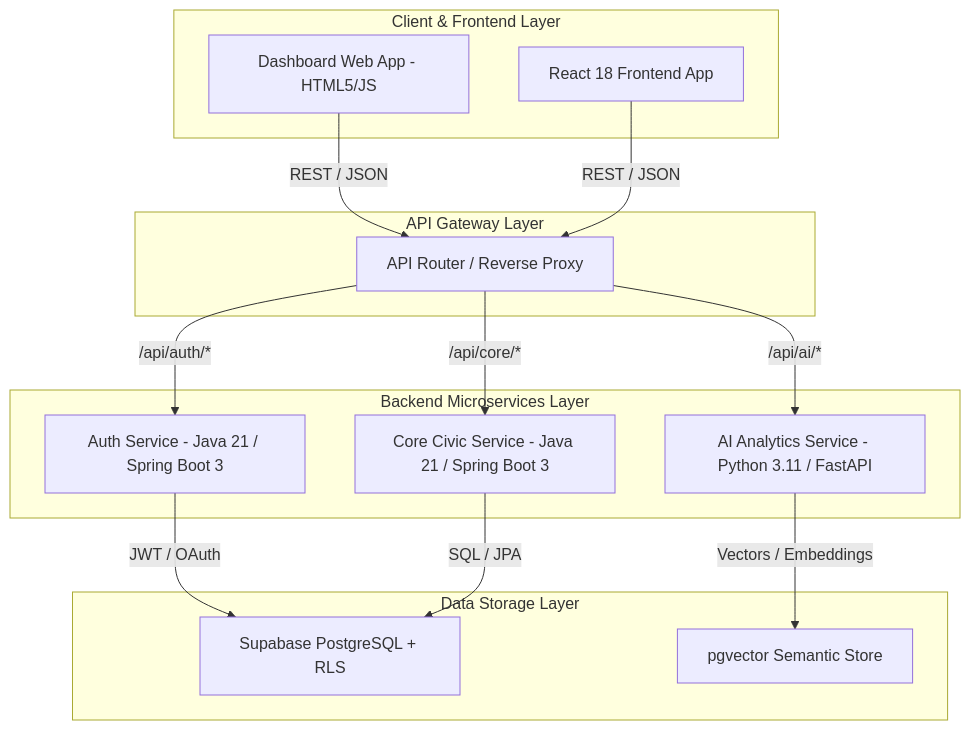
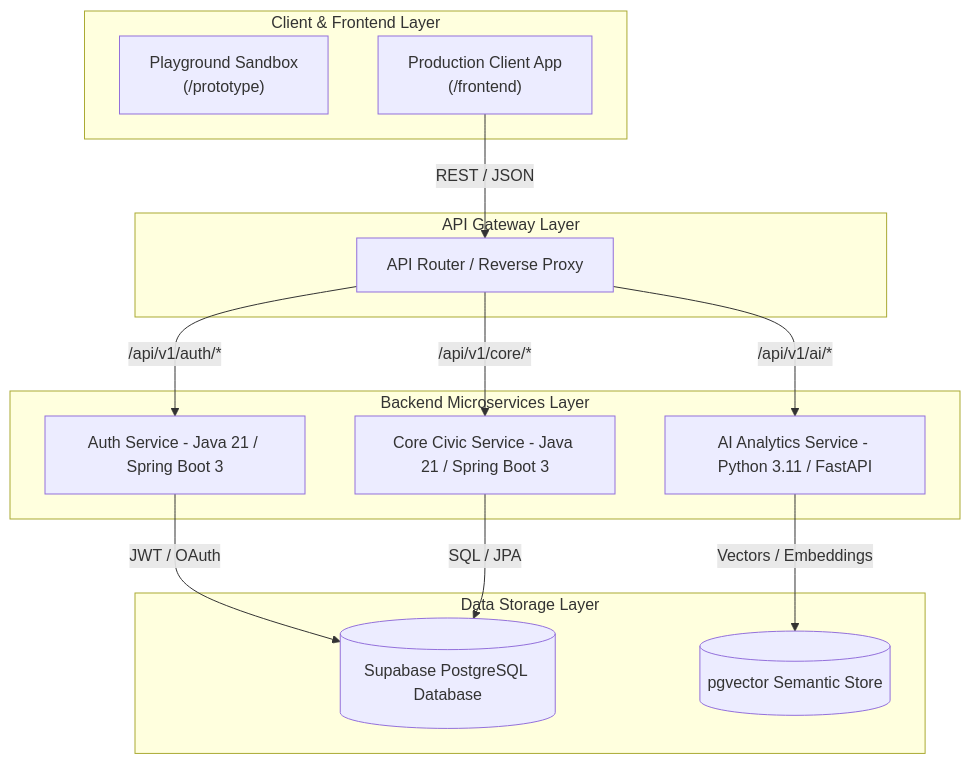
Before and after one commit to alokgupta02/DJP-v1: the diagram in docs/architecture/system-boundaries.md, drawn with Mermaid. The commit also changed other lines of this file, not shown here.

Commit message:
docs: Update system boundaries to align microservice prefixes, add prototype/ scope, and clarify Supabase PostgreSQL database integration

````diff
--- a/docs/architecture/system-boundaries.md
+++ b/docs/architecture/system-boundaries.md
@@ -9,31 +9,30 @@
 ```mermaid
 graph TD
     subgraph Client [Client & Frontend Layer]
-        FE_DASH[Dashboard Web App - HTML5/JS]
-        FE_REACT[React 18 Frontend App]
+        FE_PROT["Playground Sandbox<br>(/prototype)"]
+        FE_PROD["Production Client App<br>(/frontend)"]
     end
 
     subgraph Gateway [API Gateway Layer]
         GW[API Router / Reverse Proxy]
     end
 
     subgraph Microservices [Backend Microservices Layer]
         AUTH[Auth Service - Java 21 / Spring Boot 3]
         CORE[Core Civic Service - Java 21 / Spring Boot 3]
         AI[AI Analytics Service - Python 3.11 / FastAPI]
     end
 
     subgraph Storage [Data Storage Layer]
-        PG[Supabase PostgreSQL + RLS]
-        VEC[pgvector Semantic Store]
+        PG[(Supabase PostgreSQL Database)]
+        VEC[(pgvector Semantic Store)]
     end
 
-    FE_DASH -->|REST / JSON| GW
-    FE_REACT -->|REST / JSON| GW
-    GW -->|/api/auth/*| AUTH
-    GW -->|/api/core/*| CORE
-    GW -->|/api/ai/*| AI
+    FE_PROD -->|REST / JSON| GW
+    GW -->|"/api/v1/auth/*"| AUTH
+    GW -->|"/api/v1/core/*"| CORE
+    GW -->|"/api/v1/ai/*"| AI
     AUTH -->|JWT / OAuth| PG
     CORE -->|SQL / JPA| PG
     AI -->|Vectors / Embeddings| VEC
 ```
````
